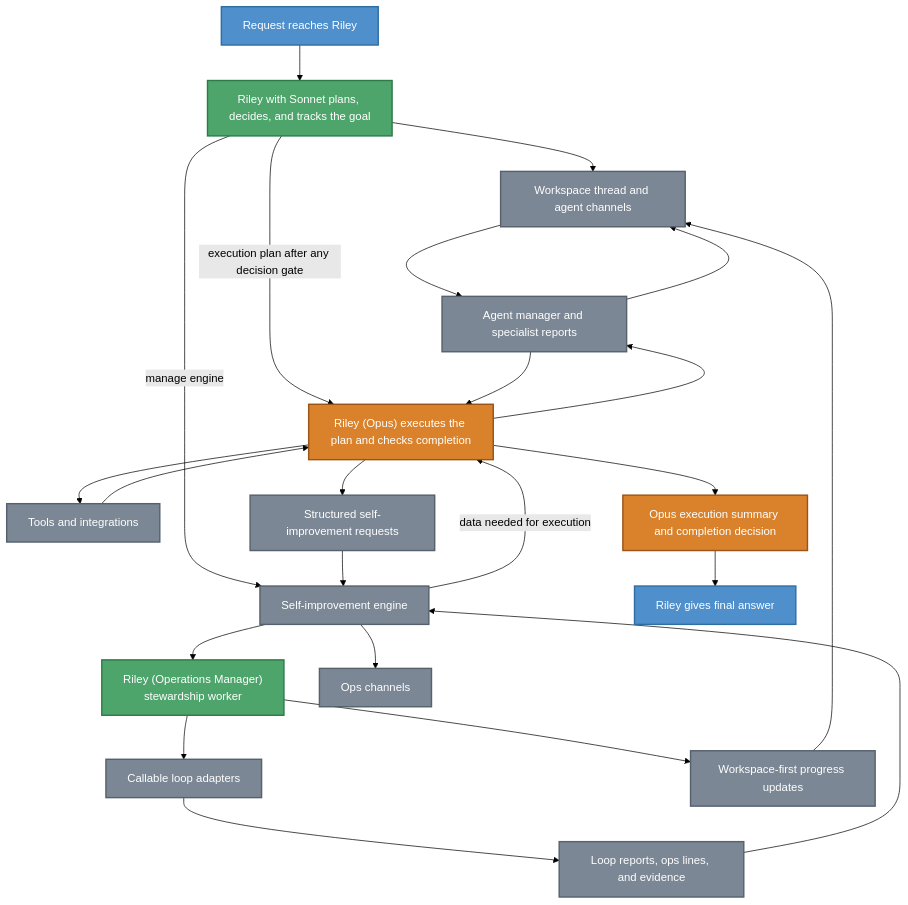
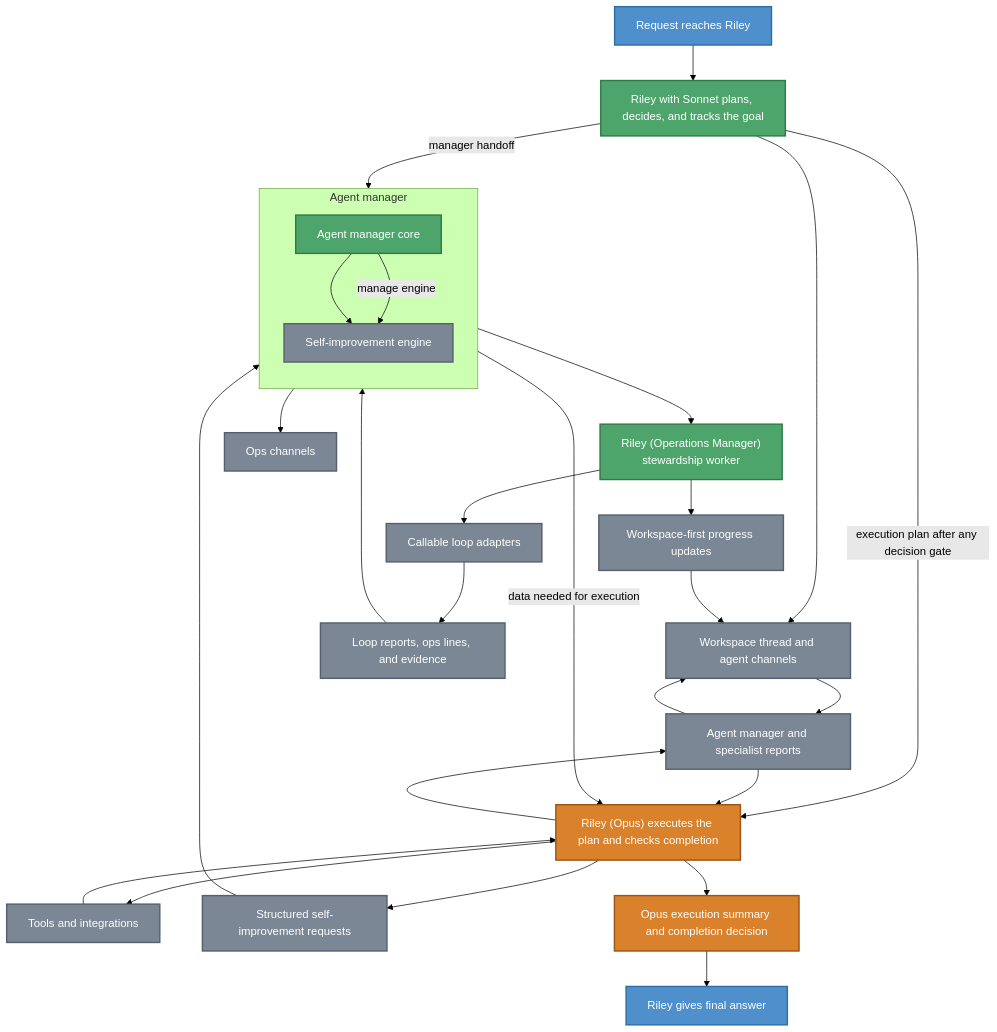
Before and after one commit to jflessenkemper/ASAP-discord: the third of 4 diagrams in .github/ARCHITECTURE.md, drawn with Mermaid (forest theme). The commit also changed other lines of this file and 2 other files, not shown here.

Commit message:
Clarify self-improvement manager ownership

````diff
--- a/.github/ARCHITECTURE.md
+++ b/.github/ARCHITECTURE.md
@@ -177,47 +190,54 @@
 ```mermaid
 flowchart TB
     Request[Request reaches Riley]
     Riley[Riley with Sonnet plans, decides, and tracks the goal]
     Workspace[Workspace thread and agent channels]
     Opus["Riley (Opus) executes the plan and checks completion"]
     Specialists[Agent manager and specialist reports]
     Tools[Tools and integrations]
-    SelfImproveEngine[Self-improvement engine]
     StewardRequests[Structured self-improvement requests]
     OpsSteward["Riley (Operations Manager)\nstewardship worker"]
     LoopAdapters[Callable loop adapters]
     LoopReports[Loop reports, ops lines, and evidence]
     OpsChannels[Ops channels]
     WorkspaceUpdates[Workspace-first progress updates]
     OpusReturn["Opus execution summary and completion decision"]
     FinalAnswer[Riley gives final answer]
 
+    subgraph AgentManager[Agent manager]
+        direction TB
+        AgentManagerCore[Agent manager core]
+        SelfImproveEngine[Self-improvement engine]
+        AgentManagerCore --> SelfImproveEngine
+    end
+
     Request --> Riley
     Riley --> Workspace
     Riley -->|execution plan after any decision gate| Opus
+    Riley -->|manager handoff| AgentManager
     Opus --> Specialists
     Specialists --> Workspace
     Workspace --> Specialists
     Specialists --> Opus
     Opus --> Tools --> Opus
-    Riley -->|manage engine| SelfImproveEngine
+    AgentManagerCore -->|manage engine| SelfImproveEngine
     Opus --> StewardRequests --> SelfImproveEngine
     SelfImproveEngine --> OpsSteward
     OpsSteward --> LoopAdapters --> LoopReports --> SelfImproveEngine
     SelfImproveEngine -->|data needed for execution| Opus
     SelfImproveEngine --> OpsChannels
     OpsSteward --> WorkspaceUpdates --> Workspace
     Opus --> OpusReturn
     OpusReturn --> FinalAnswer
 
     classDef user fill:#4f8fcb,stroke:#2f6ea3,color:#ffffff,stroke-width:2px;
     classDef riley fill:#4ea56b,stroke:#2f7a49,color:#ffffff,stroke-width:2px;
     classDef opus fill:#d9822b,stroke:#9a5416,color:#ffffff,stroke-width:2px;
     classDef surface fill:#7b8794,stroke:#56616d,color:#ffffff,stroke-width:2px;
 
     class Request,FinalAnswer user;
-    class Riley riley;
+    class Riley,AgentManagerCore riley;
     class Opus,OpusReturn opus;
     class Workspace,Specialists,Tools,SelfImproveEngine,StewardRequests,LoopAdapters,LoopReports,OpsChannels,WorkspaceUpdates surface;
     class OpsSteward riley;
 ```
````
